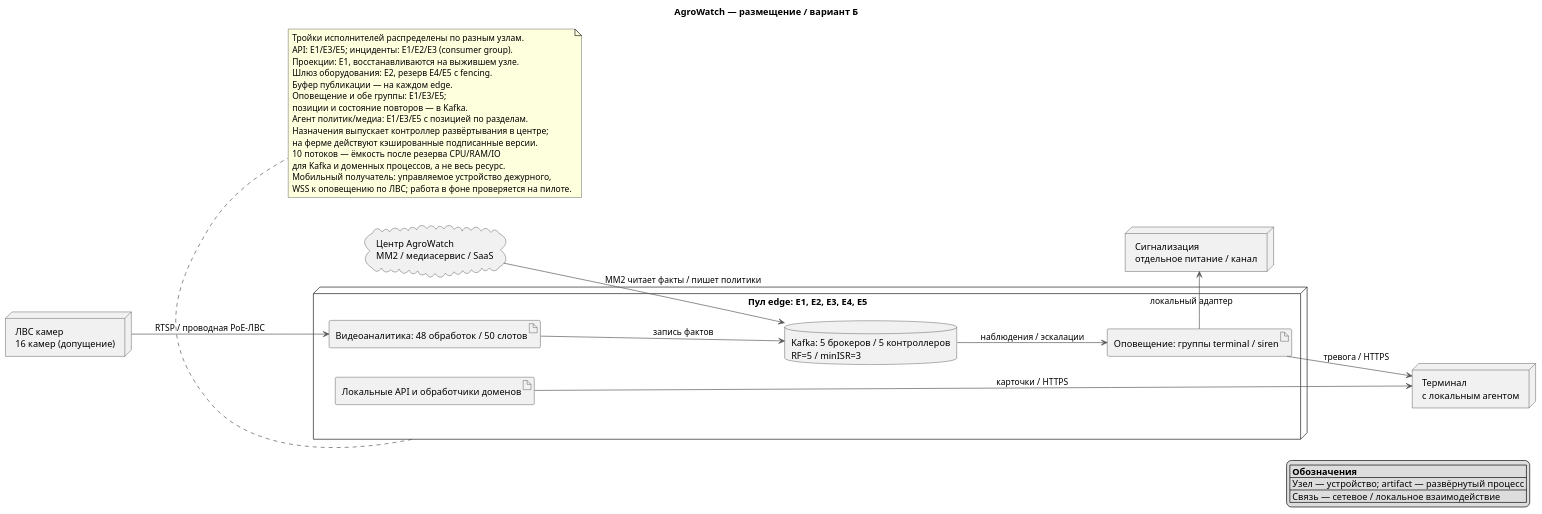
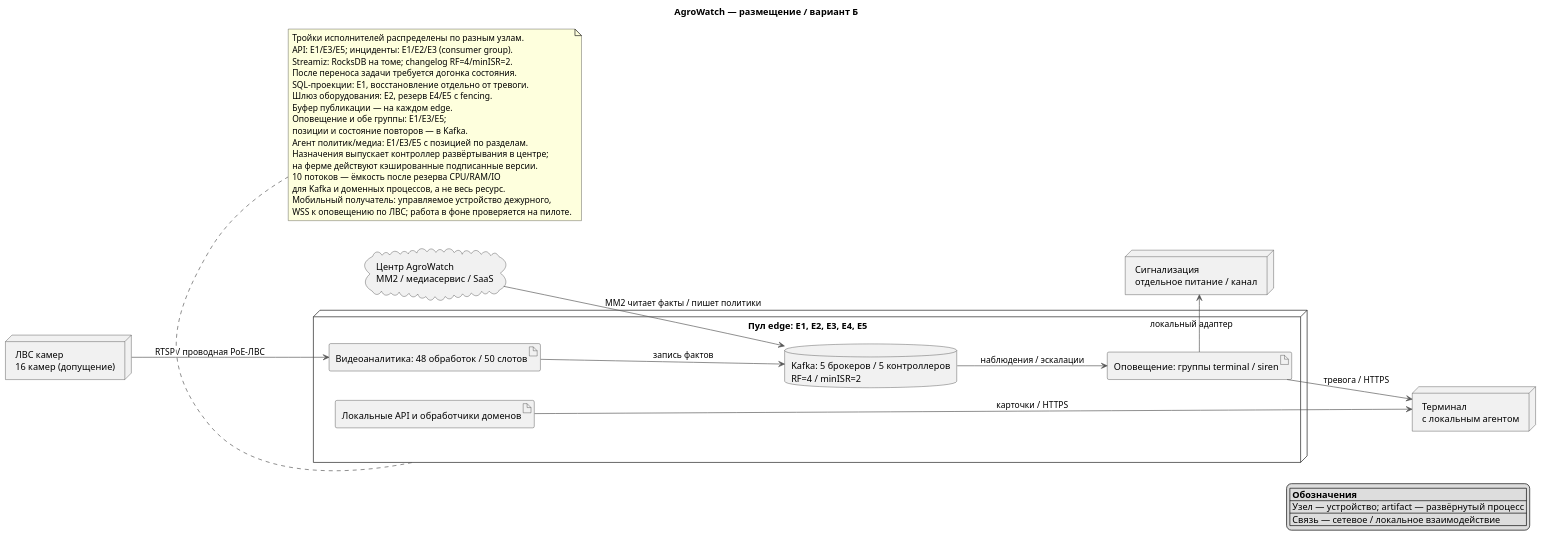
Before and after one commit to rozhkovsvyat/MSA-AgroTech: the diagram in Task1/diagrams/deployment-b.puml, drawn with PlantUML. The commit also changed 44 other files, not shown here.

```diff
--- a/Task1/diagrams/deployment-b.puml
+++ b/Task1/diagrams/deployment-b.puml
@@ -1,53 +1,55 @@
 @startuml
 skinparam defaultFontName Arial
 skinparam dpi 110
 skinparam shadowing false
 skinparam classBackgroundColor #85BBF0
 skinparam classBorderColor #1168BD
 skinparam ArrowColor #555555
 skinparam nodesep 45
 skinparam ranksep 70
 hide empty members
 title AgroWatch — размещение / вариант Б
 
 left to right direction
 node "ЛВС камер\n16 камер (допущение)" as cams
 node "Пул edge: E1, E2, E3, E4, E5" as pool {
  artifact "Видеоаналитика: 48 обработок / 50 слотов" as video
  artifact "Оповещение: группы terminal / siren" as notify
  artifact "Локальные API и обработчики доменов" as app
- database "Kafka: 5 брокеров / 5 контроллеров\nRF=5 / minISR=3" as log
+ database "Kafka: 5 брокеров / 5 контроллеров\nRF=4 / minISR=2" as log
 }
 node "Терминал\nс локальным агентом" as term
 node "Сигнализация\nотдельное питание / канал" as sound
 cloud "Центр AgroWatch\nMM2 / медиасервис / SaaS" as center
 cams --> video : RTSP / проводная PoE-ЛВС
 log --> notify : наблюдения / эскалации
 notify -down-> term : тревога / HTTPS
 notify -right-> sound : локальный адаптер
 video --> log : запись фактов
 app -down-> term : карточки / HTTPS
 center --> log : MM2 читает факты / пишет политики
 note bottom of pool
 Тройки исполнителей распределены по разным узлам.
 API: E1/E3/E5; инциденты: E1/E2/E3 (consumer group).
-Проекции: E1, восстанавливаются на выжившем узле.
+Streamiz: RocksDB на томе; changelog RF=4/minISR=2.
+После переноса задачи требуется догонка состояния.
+SQL-проекции: E1, восстановление отдельно от тревоги.
 Шлюз оборудования: E2, резерв E4/E5 с fencing.
 Буфер публикации — на каждом edge.
 Оповещение и обе группы: E1/E3/E5;
 позиции и состояние повторов — в Kafka.
 Агент политик/медиа: E1/E3/E5 с позицией по разделам.
 Назначения выпускает контроллер развёртывания в центре;
 на ферме действуют кэшированные подписанные версии.
 10 потоков — ёмкость после резерва CPU/RAM/IO
 для Kafka и доменных процессов, а не весь ресурс.
 Мобильный получатель: управляемое устройство дежурного,
 WSS к оповещению по ЛВС; работа в фоне проверяется на пилоте.
 end note
 
 legend right
 |= Обозначения |
 | Узел — устройство; artifact — развёрнутый процесс |
 | Связь — сетевое / локальное взаимодействие |
 endlegend
 @enduml
```
